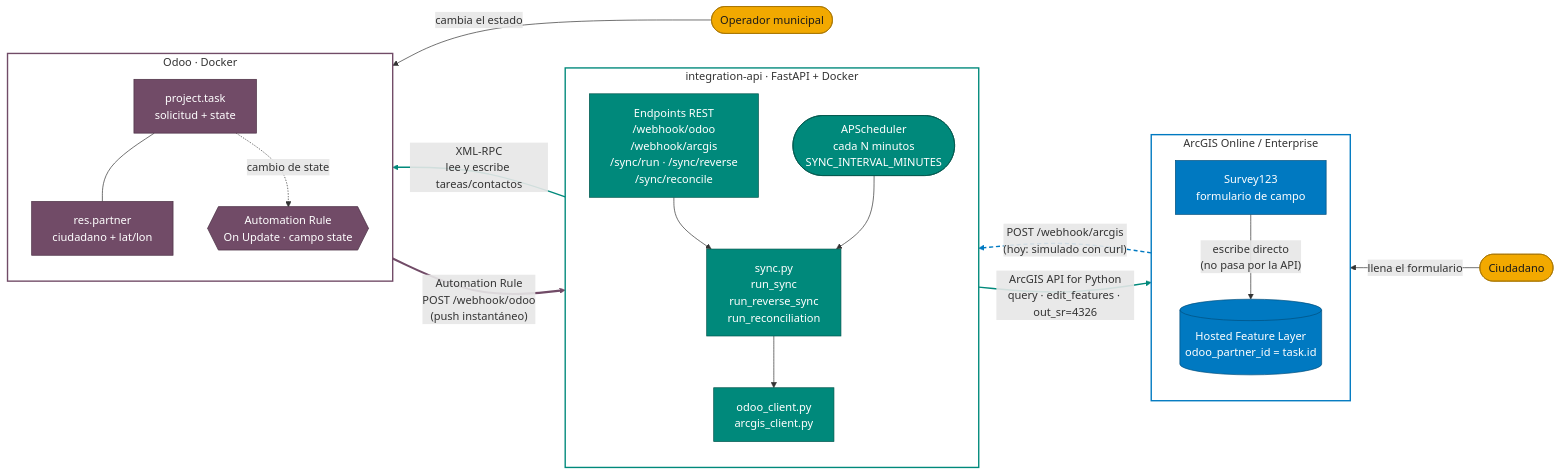
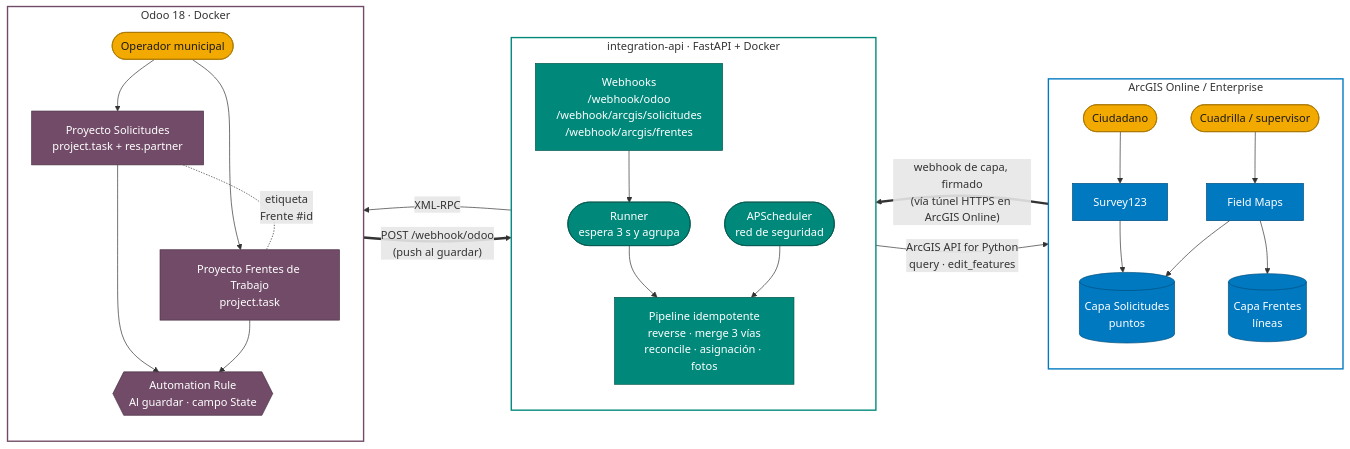
One commit to osbonilla/IntegracionOdooArcGIS changed the first of 7 diagrams in README.md. Above: the diagram before and after it, drawn with Mermaid. The commit also changed other lines of this file and 9 other files, not shown here.

````diff
--- a/README.md
+++ b/README.md
@@ -10,58 +21,56 @@
 ```mermaid
 flowchart RL
-    operador(["Operador municipal"])
-    ciudadano(["Ciudadano"])
-
-    subgraph ODOO["Odoo · Docker"]
+    subgraph ODOO["Odoo 18 · Docker"]
         direction TB
-        task["project.task<br/>solicitud + state"]
-        partner["res.partner<br/>ciudadano + lat/lon"]
-        rule{{"Automation Rule<br/>On Update · campo state"}}
-        task --- partner
-        task -. "cambio de state" .-> rule
+        operador(["Operador municipal"])
+        sol["Proyecto Solicitudes<br/>project.task + res.partner"]
+        fre["Proyecto Frentes de Trabajo<br/>project.task"]
+        rule{{"Automation Rule<br/>Al guardar · campo State"}}
+        operador --> sol
+        operador --> fre
+        sol -. "etiqueta<br/>Frente #id" .- fre
+        sol --> rule
+        fre --> rule
     end
 
     subgraph API["integration-api · FastAPI + Docker"]
         direction TB
-        endpoints["Endpoints REST<br/>/webhook/odoo<br/>/webhook/arcgis<br/>/sync/run · /sync/reverse<br/>/sync/reconcile"]
-        sched(["APScheduler<br/>cada N minutos<br/>SYNC_INTERVAL_MINUTES"])
-        sync["sync.py<br/>run_sync<br/>run_reverse_sync<br/>run_reconciliation"]
-        clients["odoo_client.py<br/>arcgis_client.py"]
-        endpoints --> sync
-        sched --> sync
-        sync --> clients
+        hooks["Webhooks<br/>/webhook/odoo<br/>/webhook/arcgis/solicitudes<br/>/webhook/arcgis/frentes"]
+        runner(["Runner<br/>espera 3 s y agrupa"])
+        sched(["APScheduler<br/>red de seguridad"])
+        pipe["Pipeline idempotente<br/>reverse · merge 3 vías<br/>reconcile · asignación · fotos"]
+        hooks --> runner --> pipe
+        sched --> pipe
     end
 
     subgraph ESRI["ArcGIS Online / Enterprise"]
         direction TB
-        s123["Survey123<br/>formulario de campo"]
-        layer[("Hosted Feature Layer<br/>odoo_partner_id = task.id")]
-        s123 -- "escribe directo<br/>(no pasa por la API)" --> layer
+        ciudadano(["Ciudadano"])
+        cuadrilla(["Cuadrilla / supervisor"])
+        s123["Survey123"]
+        fm["Field Maps"]
+        pts[("Capa Solicitudes<br/>puntos")]
+        lin[("Capa Frentes<br/>líneas")]
+        ciudadano --> s123 --> pts
+        cuadrilla --> fm
+        fm --> pts
+        fm --> lin
     end
 
-    operador -- "cambia el estado" --> ODOO
-    ODOO == "Automation Rule<br/>POST /webhook/odoo<br/>(push instantáneo)" ==> API
-    API -- "XML-RPC<br/>lee y escribe tareas/contactos" --> ODOO
-    API -- "ArcGIS API for Python<br/>query · edit_features · out_sr=4326" --> ESRI
-    ESRI -. "POST /webhook/arcgis<br/>(hoy: simulado con curl)" .-> API
-    ciudadano -- "llena el formulario" --> ESRI
+    ODOO == "POST /webhook/odoo<br/>(push al guardar)" ==> API
+    API -- "XML-RPC" --> ODOO
+    ESRI == "webhook de capa, firmado<br/>(vía túnel HTTPS en ArcGIS Online)" ==> API
+    API -- "ArcGIS API for Python<br/>query · edit_features" --> ESRI
 
     classDef odoo fill:#714B67,stroke:#4a2f43,color:#ffffff
     classDef api fill:#00897B,stroke:#00564d,color:#ffffff
     classDef esri fill:#0079C1,stroke:#004f7e,color:#ffffff
     classDef actor fill:#F2A900,stroke:#a87500,color:#1a1a1a
-
-    class task,partner,rule odoo
-    class endpoints,sched,sync,clients api
-    class s123,layer esri
-    class ciudadano,operador actor
-
+    class sol,fre,rule odoo
+    class hooks,runner,sched,pipe api
+    class s123,fm,pts,lin esri
+    class operador,ciudadano,cuadrilla actor
     style ODOO fill:transparent,stroke:#714B67,stroke-width:2px
     style API fill:transparent,stroke:#00897B,stroke-width:2px
     style ESRI fill:transparent,stroke:#0079C1,stroke-width:2px
-
-    linkStyle 7 stroke:#714B67,stroke-width:3px
-    linkStyle 8 stroke:#00897B,stroke-width:2px
-    linkStyle 9 stroke:#00897B,stroke-width:2px
-    linkStyle 10 stroke:#0079C1,stroke-width:2px,stroke-dasharray:6 4
 ```
````
